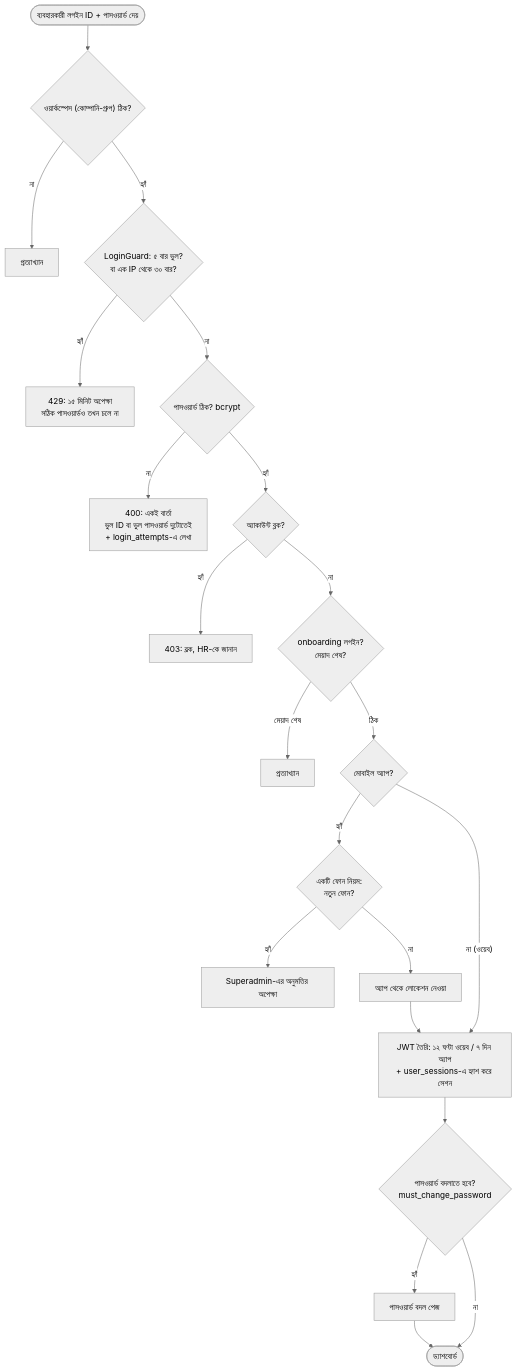
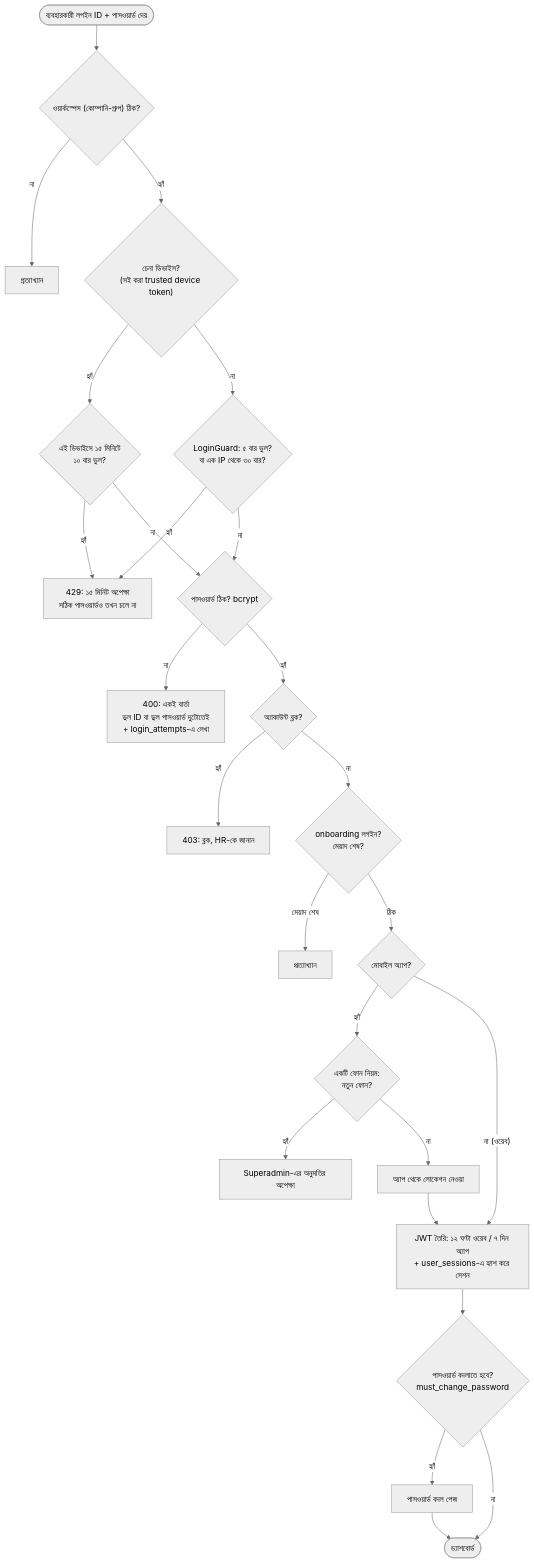
One commit to ruhulamencredence/CredenceHR changed the third of 14 diagrams in docs/architecture/02-application-workflow.md. Above: the diagram before and after it, drawn with Mermaid (neutral theme). The commit also changed other lines of this file and 22 other files, not shown here.

````diff
--- a/docs/architecture/02-application-workflow.md
+++ b/docs/architecture/02-application-workflow.md
@@ -83,23 +83,27 @@
 ```mermaid
 flowchart TD
   S([ব্যবহারকারী লগইন ID + পাসওয়ার্ড দেয়]) --> W{"ওয়ার্কস্পেস (কোম্পানি-গ্রুপ) ঠিক?"}
   W -- না --> X1["প্রত্যাখ্যান"]
-  W -- হ্যাঁ --> L{"LoginGuard: ৫ বার ভুল?<br/>বা এক IP থেকে ৩০ বার?"}
+  W -- হ্যাঁ --> TD{"চেনা ডিভাইস?<br/>(সই করা trusted device token)"}
+  TD -- হ্যাঁ --> LD{"এই ডিভাইসে ১৫ মিনিটে<br/>১০ বার ভুল?"}
+  LD -- হ্যাঁ --> X2
+  LD -- না --> P
+  TD -- না --> L{"LoginGuard: ৫ বার ভুল?<br/>বা এক IP থেকে ৩০ বার?"}
   L -- হ্যাঁ --> X2["429: ১৫ মিনিট অপেক্ষা<br/>সঠিক পাসওয়ার্ডও তখন চলে না"]
   L -- না --> P{"পাসওয়ার্ড ঠিক? bcrypt"}
   P -- না --> X3["400: একই বার্তা<br/>ভুল ID বা ভুল পাসওয়ার্ড দুটোতেই<br/>+ login_attempts-এ লেখা"]
   P -- হ্যাঁ --> B{"অ্যাকাউন্ট ব্লক?"}
   B -- হ্যাঁ --> X4["403: ব্লক, HR-কে জানান"]
   B -- না --> O{"onboarding লগইন?<br/>মেয়াদ শেষ?"}
   O -- মেয়াদ শেষ --> X5["প্রত্যাখ্যান"]
   O -- ঠিক --> A{"মোবাইল অ্যাপ?"}
   A -- হ্যাঁ --> DV{"একটি ফোন নিয়ম:<br/>নতুন ফোন?"}
   DV -- হ্যাঁ --> X6["Superadmin-এর অনুমতির অপেক্ষা"]
   DV -- না --> LOC["অ্যাপ থেকে লোকেশন নেওয়া"]
   A -- "না (ওয়েব)" --> T
   LOC --> T["JWT তৈরি: ১২ ঘণ্টা ওয়েব / ৭ দিন অ্যাপ<br/>+ user_sessions-এ হ্যাশ করে সেশন"]
   T --> M{"পাসওয়ার্ড বদলাতে হবে?<br/>must_change_password"}
   M -- হ্যাঁ --> C["পাসওয়ার্ড বদল পেজ"]
   M -- না --> D([ড্যাশবোর্ড])
   C --> D
 ```
````
